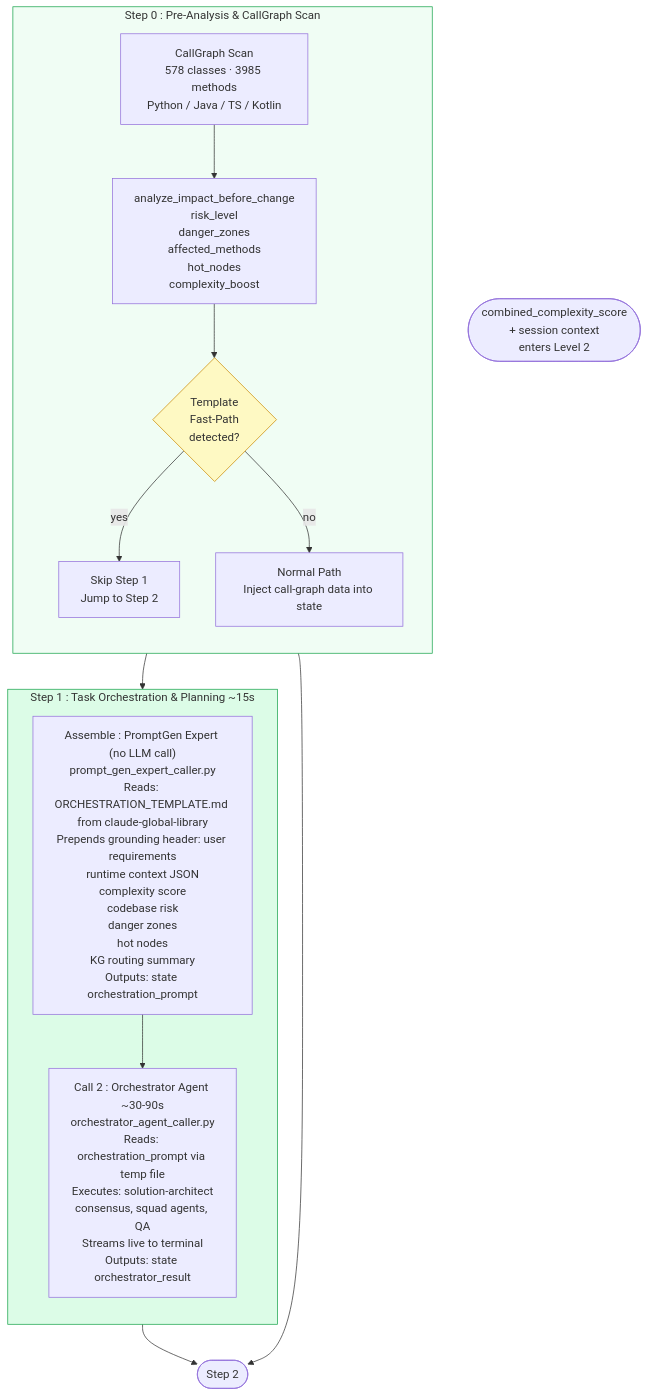
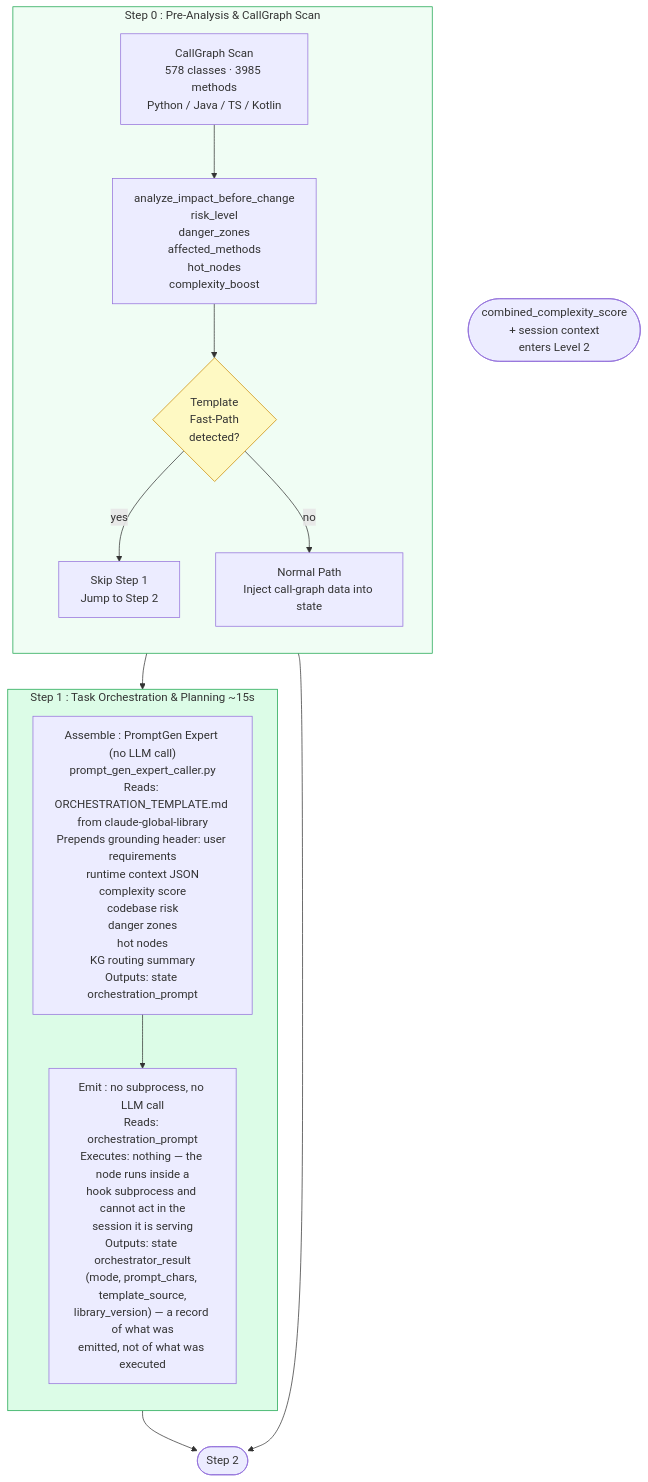
The fourth of 10 diagrams in docs/architecture/PIPELINE_ARCHITECTURE.md (piyushmakhija28/claude-insight), drawn with Mermaid before and after one commit. The commit also changed 3 other files, not shown here.

````diff
--- a/docs/architecture/PIPELINE_ARCHITECTURE.md
+++ b/docs/architecture/PIPELINE_ARCHITECTURE.md
@@ -131,31 +131,31 @@
 ```mermaid
 flowchart TD
     IN(["combined_complexity_score\n+ session context\nenters Level 2"])
 
     subgraph P0["Step 0 : Pre-Analysis & CallGraph Scan"]
         direction TB
         CG["CallGraph Scan\n578 classes · 3985 methods\nPython / Java / TS / Kotlin"]
         IA["analyze_impact_before_change\nrisk_level\ndanger_zones\naffected_methods\nhot_nodes\ncomplexity_boost"]
         TFP{Template\nFast-Path\ndetected?}
         FP["Skip Step 1\nJump to Step 2"]
         NP["Normal Path\nInject call-graph data into state"]
         CG --> IA --> TFP
         TFP -- yes --> FP
         TFP -- no  --> NP
     end
 
     subgraph S0["Step 1 : Task Orchestration & Planning  ~15s"]
         direction TB
         C1["Assemble : PromptGen Expert (no LLM call)\nprompt_gen_expert_caller.py\nReads: ORCHESTRATION_TEMPLATE.md from claude-global-library\nPrepends grounding header: user requirements\nruntime context JSON\ncomplexity score\ncodebase risk\ndanger zones\nhot nodes\nKG routing summary\nOutputs: state orchestration_prompt"]
-        C2["Call 2 : Orchestrator Agent ~30-90s\norchestrator_agent_caller.py\nReads: orchestration_prompt via temp file\nExecutes: solution-architect\nconsensus, squad agents, QA\nStreams live to terminal\nOutputs: state orchestrator_result"]
+        C2["Emit : no subprocess, no LLM call\nReads: orchestration_prompt\nExecutes: nothing — the node runs inside a\nhook subprocess and cannot act in the\nsession it is serving\nOutputs: state orchestrator_result\n(mode, prompt_chars, template_source,\nlibrary_version) — a record of what was\nemitted, not of what was executed"]
         C1 --> C2
     end
 
     NP  --> S0
     FP  --> STEP2
     S0  --> STEP2(["Step 2"])
 
     style P0  fill:#f0fdf4,stroke:#16a34a
     style S0  fill:#dcfce7,stroke:#16a34a
     style TFP fill:#fef9c3,stroke:#ca8a04
 ```
````
